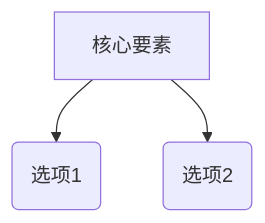
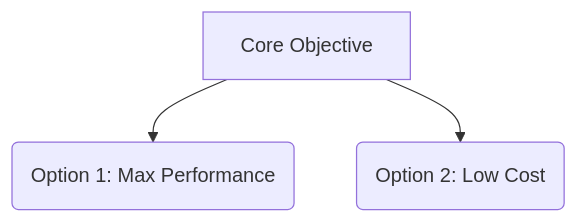
One commit to Simple53/decision-lens changed the diagram in resources/report_template.md. Above: the diagram before and after it, drawn with Mermaid. The commit also changed other lines of this file and 6 other files, not shown here.

````diff
--- a/resources/report_template.md
+++ b/resources/report_template.md
@@ -13,5 +13,5 @@
 ```mermaid
 graph TD
-  A[核心要素] --> B(选项1)
-  A --> C(选项2)
+  A[Core Objective] --> B(Option 1: Max Performance)
+  A --> C(Option 2: Low Cost)
 ```
````
